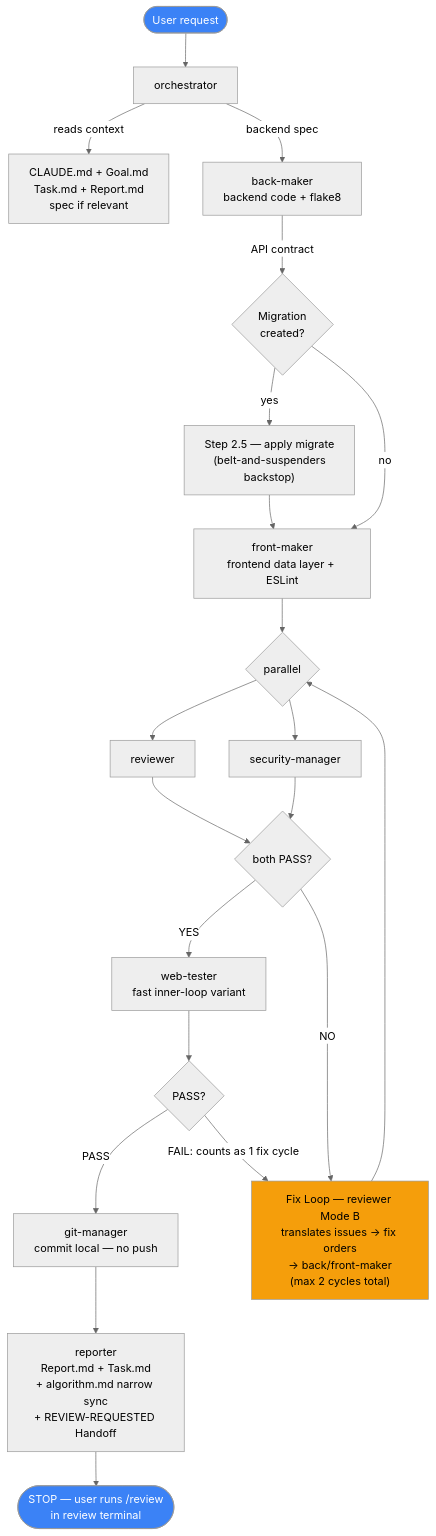
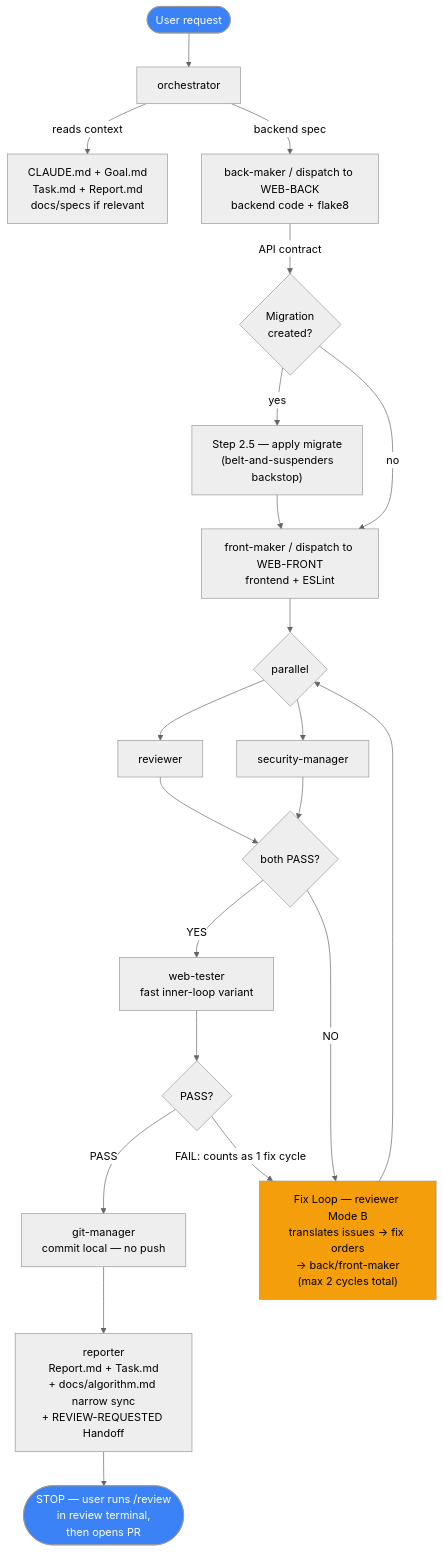
The fourth of 6 diagrams in .claude/WORKFLOW.md (hongikarchi/archi-tinder), drawn with Mermaid (neutral theme) before and after one commit. The commit also changed other lines of this file and 63 other files, not shown here.

````diff
--- a/.claude/WORKFLOW.md
+++ b/.claude/WORKFLOW.md
@@ -420,27 +229,27 @@
 ```mermaid
 flowchart TD
     Start([User request]) --> Orch[orchestrator]
-    Orch -->|reads context| Ctx[CLAUDE.md + Goal.md<br/>Task.md + Report.md<br/>spec if relevant]
-    Orch -->|backend spec| BM[back-maker<br/>backend code + flake8]
+    Orch -->|reads context| Ctx[CLAUDE.md + Goal.md<br/>Task.md + Report.md<br/>docs/specs if relevant]
+    Orch -->|backend spec| BM[back-maker / dispatch to WEB-BACK<br/>backend code + flake8]
     BM -->|API contract| Mig{Migration<br/>created?}
     Mig -->|yes| Migrate["Step 2.5 — apply migrate<br/>(belt-and-suspenders<br/>backstop)"]
     Mig -->|no| FM
-    Migrate --> FM[front-maker<br/>frontend data layer + ESLint]
+    Migrate --> FM[front-maker / dispatch to WEB-FRONT<br/>frontend + ESLint]
     FM --> Par{parallel}
     Par --> RV[reviewer]
     Par --> SC[security-manager]
     RV --> Dec{both PASS?}
     SC --> Dec
     Dec -->|YES| WT[web-tester<br/>fast inner-loop variant]
     Dec -->|NO| FL["Fix Loop — reviewer Mode B<br/>translates issues → fix orders<br/>→ back/front-maker<br/>(max 2 cycles total)"]
     FL --> Par
     WT --> WD{PASS?}
     WD -->|PASS| GM[git-manager<br/>commit local — no push]
     WD -->|FAIL: counts as 1 fix cycle| FL
-    GM --> RP[reporter<br/>Report.md + Task.md<br/>+ algorithm.md narrow sync<br/>+ REVIEW-REQUESTED Handoff]
-    RP --> Stop([STOP — user runs /review<br/>in review terminal])
+    GM --> RP[reporter<br/>Report.md + Task.md<br/>+ docs/algorithm.md narrow sync<br/>+ REVIEW-REQUESTED Handoff]
+    RP --> Stop([STOP — user runs /review<br/>in review terminal,<br/>then opens PR])
 
     style Start fill:#3b82f6,color:#fff
     style Stop fill:#3b82f6,color:#fff
     style FL fill:#f59e0b,color:#000
 ```
````
